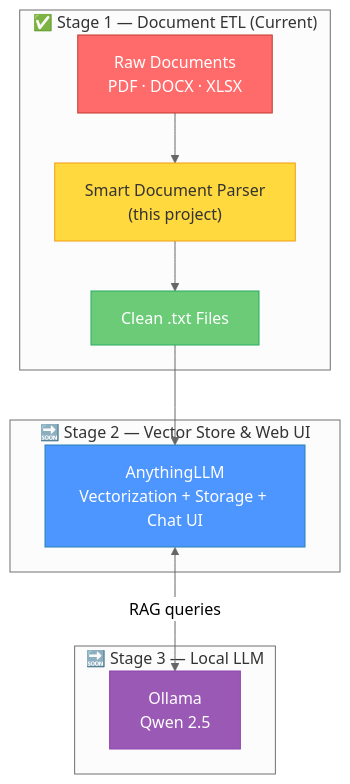
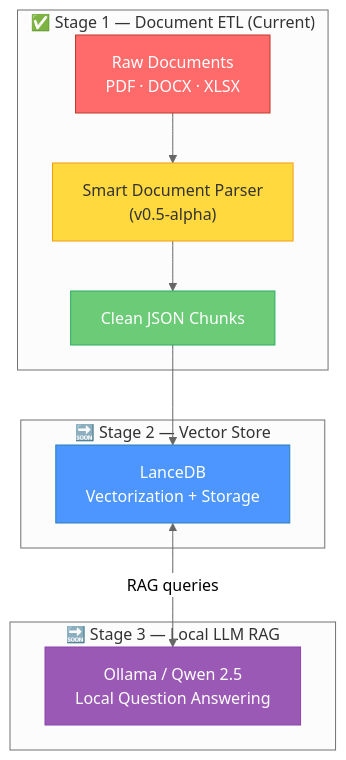
Before and after one commit to Falmer-128/smart-db: the second of 2 diagrams in README.md, drawn with Mermaid (neutral theme). The commit also changed other lines of this file and 2 other files, not shown here.

````diff
--- a/README.md
+++ b/README.md
@@ -215,21 +132,21 @@
 ```mermaid
 graph TB
     subgraph "✅ Stage 1 — Document ETL (Current)"
-        A["Raw Documents<br/>PDF · DOCX · XLSX"] --> B["Smart Document Parser<br/>(this project)"]
-        B --> C["Clean .txt Files"]
+        A["Raw Documents<br/>PDF · DOCX · XLSX"] --> B["Smart Document Parser<br/>(v0.5-alpha)"]
+        B --> C["Clean JSON Chunks"]
     end
 
-    subgraph "🔜 Stage 2 — Vector Store & Web UI"
-        C --> D["AnythingLLM<br/>Vectorization + Storage + Chat UI"]
+    subgraph "🔜 Stage 2 — Vector Store"
+        C --> D["LanceDB<br/>Vectorization + Storage"]
     end
 
-    subgraph "🔜 Stage 3 — Local LLM"
-        D <-->|"RAG queries"| E["Ollama<br/>Qwen 2.5"]
+    subgraph "🔜 Stage 3 — Local LLM RAG"
+        D <-->|"RAG queries"| E["Ollama / Qwen 2.5<br/>Local Question Answering"]
     end
 
     style A fill:#ff6b6b,stroke:#c0392b,color:#fff
     style B fill:#ffd93d,stroke:#f39c12,color:#333
     style C fill:#6bcb77,stroke:#27ae60,color:#fff
     style D fill:#4d96ff,stroke:#2980b9,color:#fff
     style E fill:#9b59b6,stroke:#8e44ad,color:#fff
 ```
````
